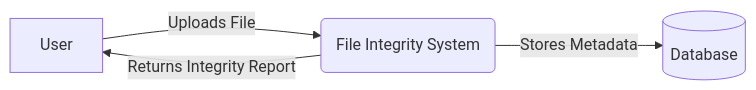
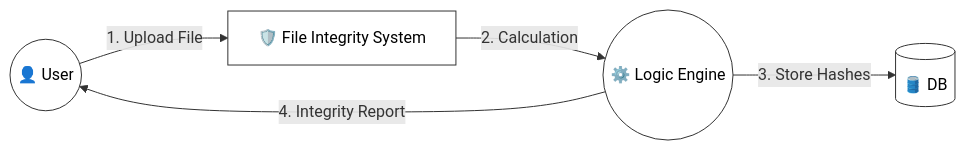
Before and after one commit to vaishnav4281/file-integrity: the second of 8 diagrams in Structure.md, drawn with Mermaid. The commit also changed other lines of this file, not shown here.

````diff
--- a/Structure.md
+++ b/Structure.md
@@ -33,6 +61,8 @@
 ```mermaid
 graph LR
-    User[User] -- "Uploads File" --> System("File Integrity System")
-    System -- "Returns Integrity Report" --> User
-    System -- "Stores Metadata" --> DB[("Database")]
+    classDef default fill:#fff,stroke:#333,stroke-width:1px,color:black;
+    User((👤 User)) -- "1. Upload File" --> System["🛡️ File Integrity System"]
+    System -- "2. Calculation" --> Engine(("⚙️ Logic Engine"))
+    Engine -- "3. Store Hashes" --> DB[("🛢️ DB")]
+    Engine -- "4. Integrity Report" --> User
 ```
````
